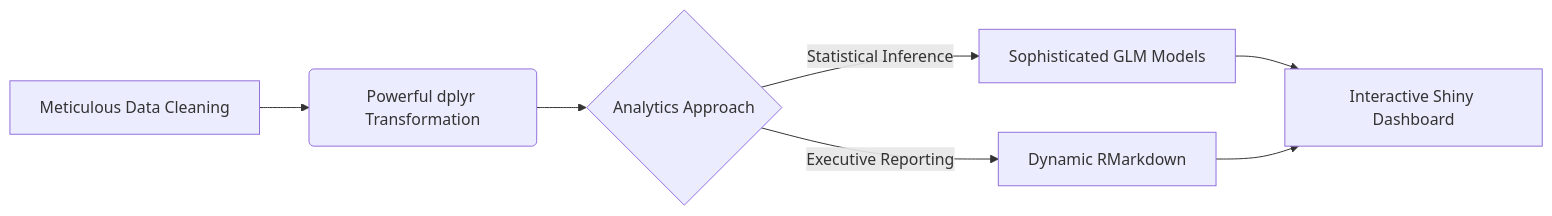
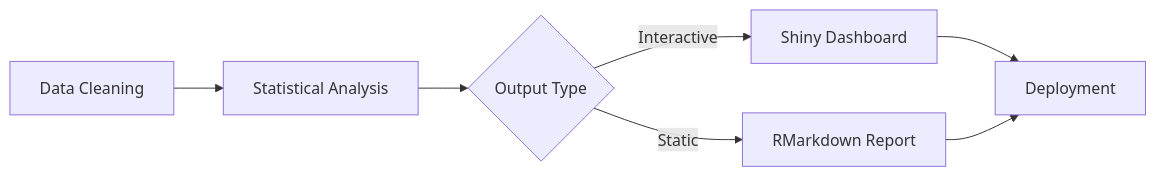
One commit to joaquimtimoteo/joaquimtimoteo changed the second of 2 diagrams in README.md. Above: the diagram before and after it, drawn with Mermaid. The commit also changed other lines of this file, not shown here.

````diff
--- a/README.md
+++ b/README.md
@@ -46,9 +69,9 @@
 ```mermaid
 graph LR
-A[Meticulous Data Cleaning] --> B(Powerful dplyr Transformation)
-B --> C{Analytics Approach}
-C -->|Statistical Inference| D[Sophisticated GLM Models]
-C -->|Executive Reporting| E[Dynamic RMarkdown]
-D --> F[Interactive Shiny Dashboard]
+A[Data Cleaning] --> B[Statistical Analysis]
+B --> C{Output Type}
+C -->|Interactive| D[Shiny Dashboard]
+C -->|Static| E[RMarkdown Report]
+D --> F[Deployment]
 E --> F
 ```
````
